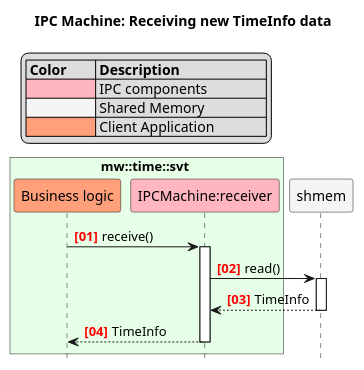
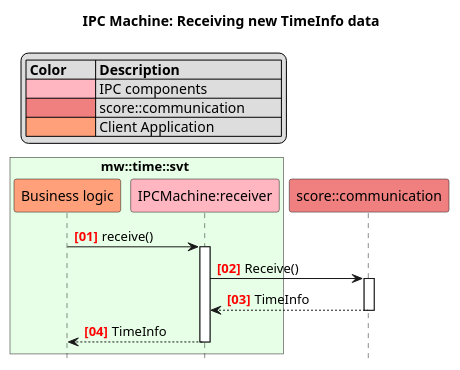
The diagram in docs/time/_assets/ipc/ipc_receive_seq.puml (lavrovvalera/inc_time), drawn with PlantUML before and after one commit. The commit also changed 8 other files, not shown here.

```diff
--- a/docs/time/_assets/ipc/ipc_receive_seq.puml
+++ b/docs/time/_assets/ipc/ipc_receive_seq.puml
@@ -1,29 +1,29 @@
 @startuml ipc_receive_seq_diagram
 
 title IPC Machine: Receiving new TimeInfo data
 
 hide footbox
 
 autonumber "<font color=red><b>[00]"
 autoactivate on
 
 legend top left
     |= Color        |= Description                  |
     |<#LightPink>   | IPC components                |
-    |<#WhiteSmoke>  | Shared Memory                 |
+    |<#LightCoral>  | score::communication          |
     |<#LightSalmon> | Client Application            |
 endlegend
 
 box mw::time::svt #e6ffe6
     participant "Business logic" as mw_worker #LightSalmon
     participant "IPCMachine:receiver" as ipc_receiver #LightPink
 end box
 
-participant "shmem" as shared_memory #WhiteSmoke
+participant "score::communication" as score_comm #LightCoral
 
 mw_worker -> ipc_receiver: receive()
-ipc_receiver -> shared_memory: read()
-shared_memory --> ipc_receiver: TimeInfo
+ipc_receiver -> score_comm: Receive()
+score_comm --> ipc_receiver: TimeInfo
 ipc_receiver --> mw_worker: TimeInfo
 
 @enduml
```
